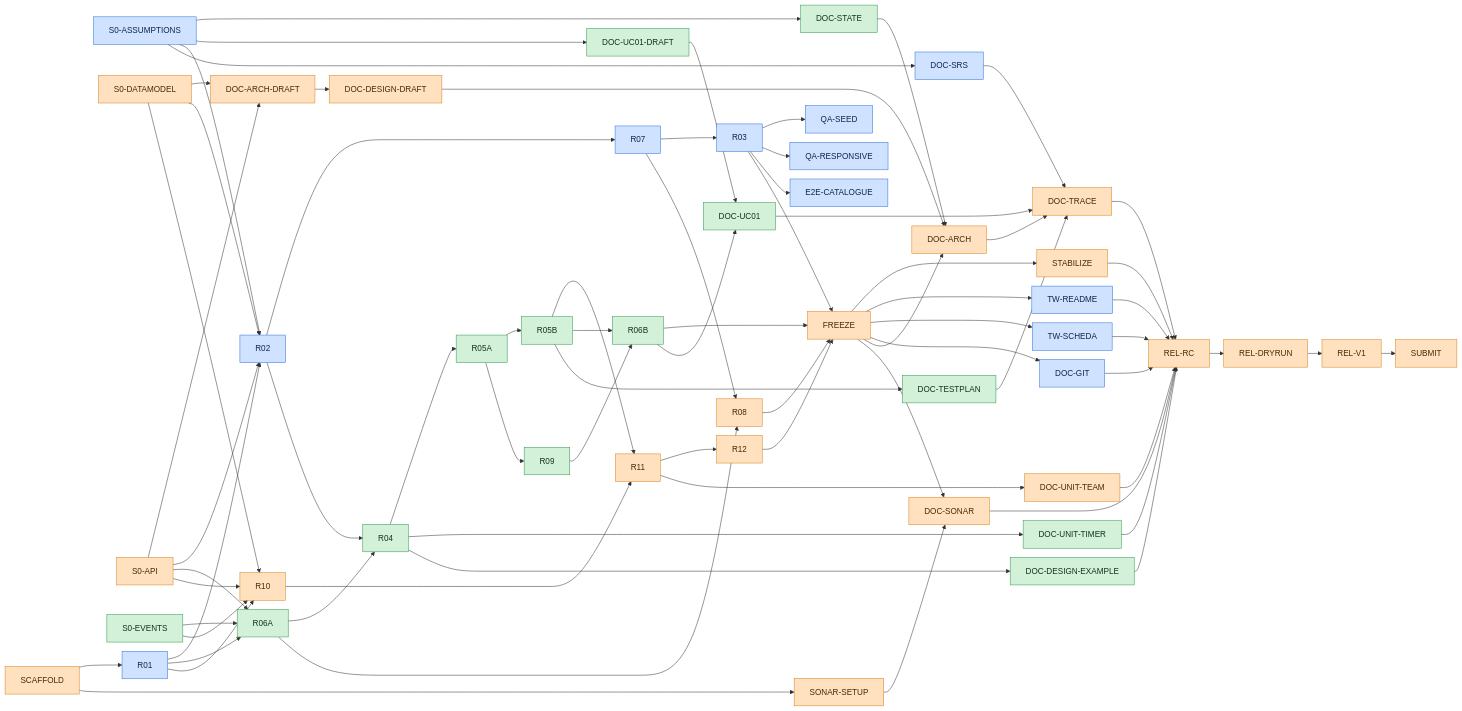
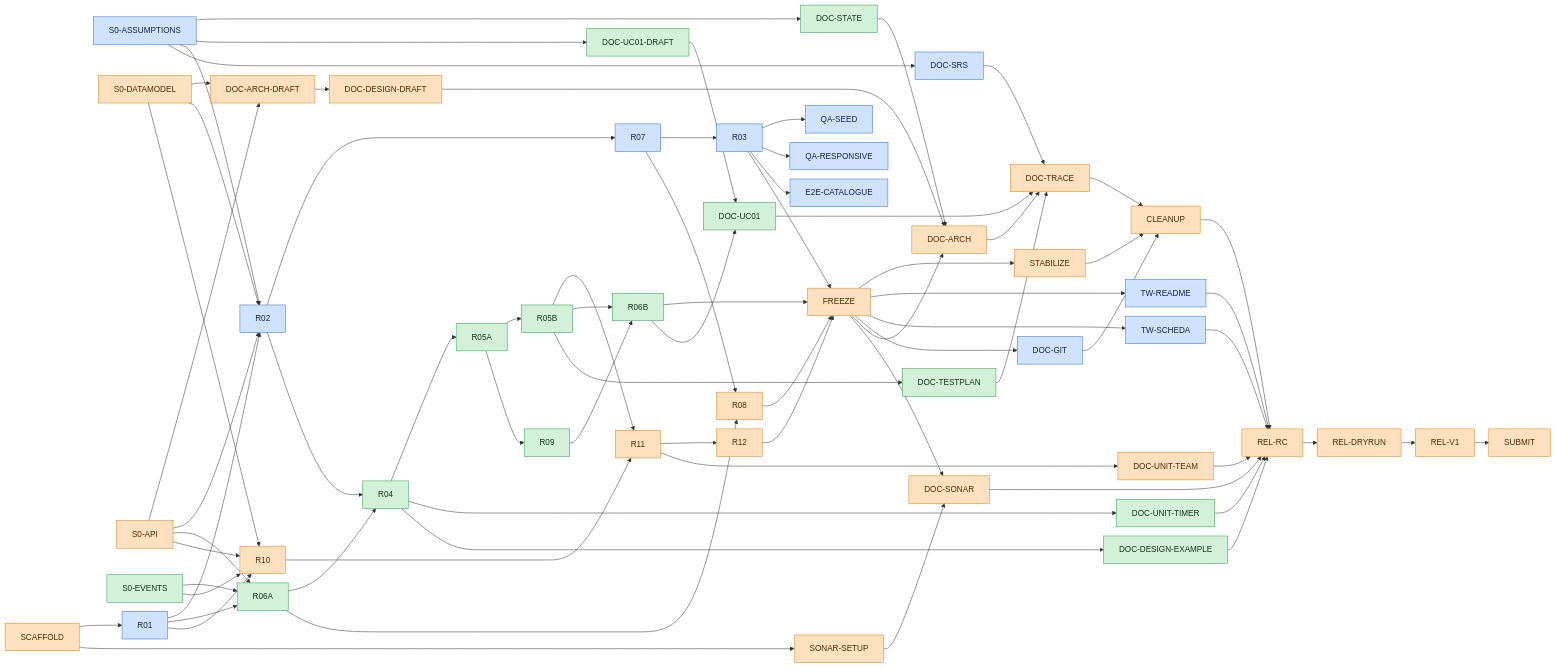
The second of 3 diagrams in docs/plan/PLAN.md (Mynamesdsuper/sidequest-group40), drawn with Mermaid before and after one commit. The commit also changed other lines of this file and 9 other files, not shown here.

Commit message:
chore(plan): add task CLEANUP before REL-RC

````diff
--- a/docs/plan/PLAN.md
+++ b/docs/plan/PLAN.md
@@ -248,6 +248,7 @@
   DOC_SONAR["DOC-SONAR"]
   DOC_UNIT_TEAM["DOC-UNIT-TEAM"]
   DOC_TRACE["DOC-TRACE"]
+  CLEANUP["CLEANUP"]
   REL_RC["REL-RC"]
   REL_DRYRUN["REL-DRYRUN"]
   REL_V1["REL-V1"]
@@ -311,13 +312,14 @@
   DOC_ARCH --> DOC_TRACE
   DOC_TESTPLAN --> DOC_TRACE
   DOC_UC01 --> DOC_TRACE
-  STABILIZE --> REL_RC
-  DOC_TRACE --> REL_RC
+  STABILIZE --> CLEANUP
+  DOC_TRACE --> CLEANUP
+  DOC_GIT --> CLEANUP
+  CLEANUP --> REL_RC
   DOC_SONAR --> REL_RC
   DOC_UNIT_TIMER --> REL_RC
   DOC_UNIT_TEAM --> REL_RC
   DOC_DESIGN_EXAMPLE --> REL_RC
-  DOC_GIT --> REL_RC
   TW_README --> REL_RC
   TW_SCHEDA --> REL_RC
   REL_RC --> REL_DRYRUN
@@ -328,5 +330,5 @@
   classDef p3 fill:#ffe1bf,stroke:#d9801a,color:#4a2a05
   class S0_ASSUMPTIONS,R01,R02,R07,R03,QA_SEED,QA_RESPONSIVE,E2E_CATALOGUE,DOC_SRS,TW_README,TW_SCHEDA,DOC_GIT p1
   class S0_EVENTS,DOC_STATE,DOC_UC01_DRAFT,R06A,R04,R05A,R05B,R09,R06B,DOC_UC01,DOC_TESTPLAN,DOC_UNIT_TIMER,DOC_DESIGN_EXAMPLE p2
-  class SCAFFOLD,S0_DATAMODEL,S0_API,SONAR_SETUP,DOC_ARCH_DRAFT,R10,DOC_DESIGN_DRAFT,R08,R11,R12,FREEZE,STABILIZE,DOC_ARCH,DOC_SONAR,DOC_UNIT_TEAM,DOC_TRACE,REL_RC,REL_DRYRUN,REL_V1,SUBMIT p3
+  class SCAFFOLD,S0_DATAMODEL,S0_API,SONAR_SETUP,DOC_ARCH_DRAFT,R10,DOC_DESIGN_DRAFT,R08,R11,R12,FREEZE,STABILIZE,DOC_ARCH,DOC_SONAR,DOC_UNIT_TEAM,DOC_TRACE,CLEANUP,REL_RC,REL_DRYRUN,REL_V1,SUBMIT p3
 ```
````
